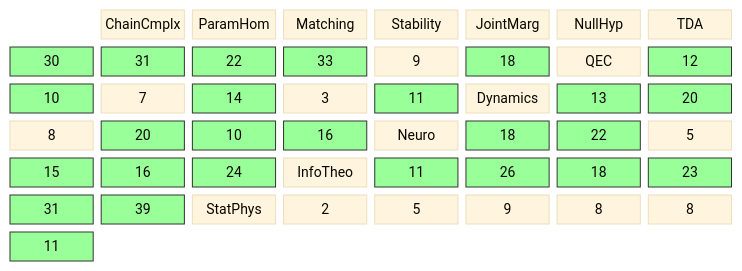
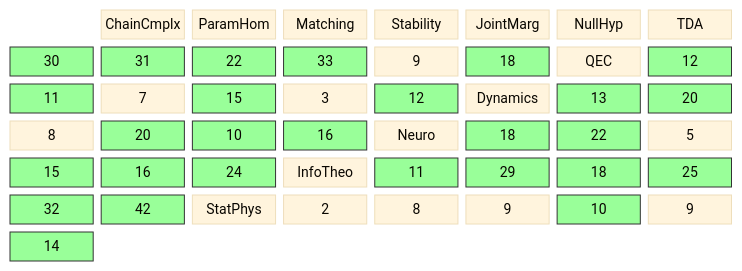
One commit to musicofhel/topoyolo changed the diagram in diagrams/coverage-matrix.md. Above: the diagram before and after it, drawn with Mermaid. The commit also changed other lines of this file and 10 other files, not shown here.

````diff
--- a/diagrams/coverage-matrix.md
+++ b/diagrams/coverage-matrix.md
@@ -22,40 +22,41 @@
 ```mermaid
 %%{init: {'theme': 'base', 'themeVariables': {'fontSize': '14px'}}}%%
 block-beta
   columns 8
 
   space:1 CC["ChainCmplx"] PH["ParamHom"] MA["Matching"] ST["Stability"] JM["JointMarg"] NH["NullHyp"]
 
   TDA["TDA"] TDA_CC["30"] TDA_PH["31"] TDA_MA["22"] TDA_ST["33"] TDA_JM["9"] TDA_NH["18"]
-  QEC["QEC"] QEC_CC["12"] QEC_PH["10"] QEC_MA["7"] QEC_ST["14"] QEC_JM["3"] QEC_NH["11"]
+  QEC["QEC"] QEC_CC["12"] QEC_PH["11"] QEC_MA["7"] QEC_ST["15"] QEC_JM["3"] QEC_NH["12"]
   DYN["Dynamics"] DYN_CC["13"] DYN_PH["20"] DYN_MA["8"] DYN_ST["20"] DYN_JM["10"] DYN_NH["16"]
   NEU["Neuro"] NEU_CC["18"] NEU_PH["22"] NEU_MA["5"] NEU_ST["15"] NEU_JM["16"] NEU_NH["24"]
-  IT["InfoTheo"] IT_CC["11"] IT_PH["26"] IT_MA["18"] IT_ST["23"] IT_JM["31"] IT_NH["39"]
-  SP["StatPhys"] SP_CC["2"] SP_PH["5"] SP_MA["9"] SP_ST["8"] SP_JM["8"] SP_NH["11"]
+  IT["InfoTheo"] IT_CC["11"] IT_PH["29"] IT_MA["18"] IT_ST["25"] IT_JM["32"] IT_NH["42"]
+  SP["StatPhys"] SP_CC["2"] SP_PH["8"] SP_MA["9"] SP_ST["10"] SP_JM["9"] SP_NH["14"]
   style TDA_CC fill:#9f9,stroke:#333
   style TDA_PH fill:#9f9,stroke:#333
   style TDA_MA fill:#9f9,stroke:#333
   style TDA_ST fill:#9f9,stroke:#333
   style TDA_NH fill:#9f9,stroke:#333
   style QEC_CC fill:#9f9,stroke:#333
   style QEC_PH fill:#9f9,stroke:#333
   style QEC_ST fill:#9f9,stroke:#333
   style QEC_NH fill:#9f9,stroke:#333
   style DYN_CC fill:#9f9,stroke:#333
   style DYN_PH fill:#9f9,stroke:#333
   style DYN_ST fill:#9f9,stroke:#333
   style DYN_JM fill:#9f9,stroke:#333
   style DYN_NH fill:#9f9,stroke:#333
   style NEU_CC fill:#9f9,stroke:#333
   style NEU_PH fill:#9f9,stroke:#333
   style NEU_ST fill:#9f9,stroke:#333
   style NEU_JM fill:#9f9,stroke:#333
   style NEU_NH fill:#9f9,stroke:#333
   style IT_CC fill:#9f9,stroke:#333
   style IT_PH fill:#9f9,stroke:#333
   style IT_MA fill:#9f9,stroke:#333
   style IT_ST fill:#9f9,stroke:#333
   style IT_JM fill:#9f9,stroke:#333
   style IT_NH fill:#9f9,stroke:#333
+  style SP_ST fill:#9f9,stroke:#333
   style SP_NH fill:#9f9,stroke:#333
 ```
````
